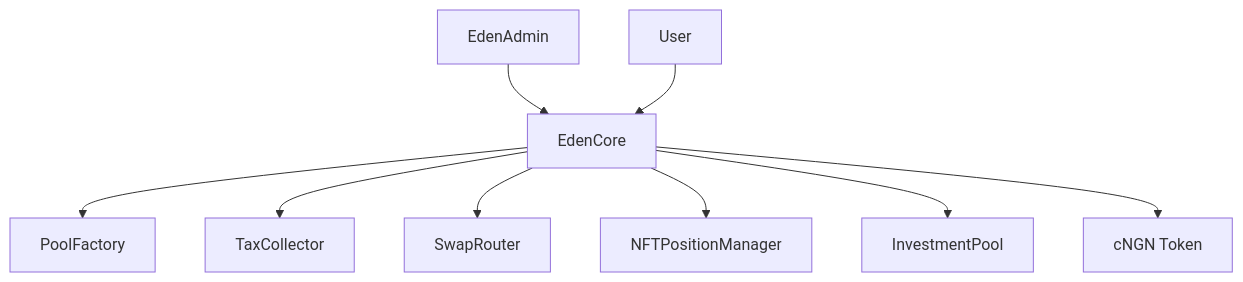
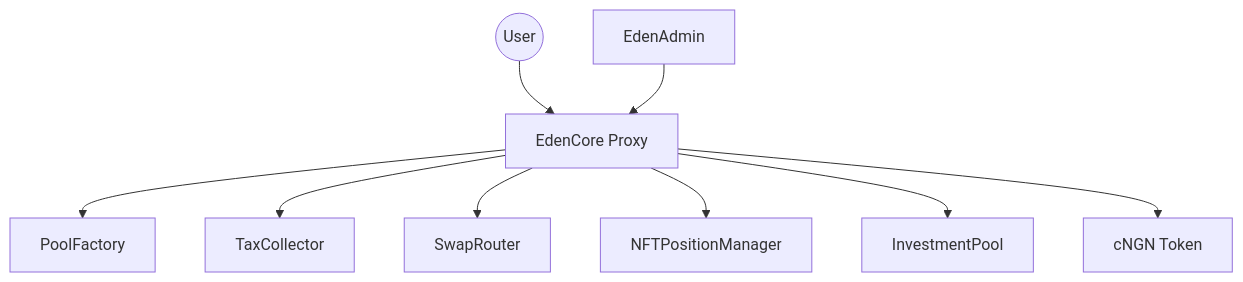
Before and after one commit to eden-finance/vest-docs: the diagram in contracts/eden-core.mdx, drawn with Mermaid. The commit also changed other lines of this file, not shown here.

Commit message:
chore: updated eden core docs to include withdraw fuction and integration guide

````diff
--- a/contracts/eden-core.mdx
+++ b/contracts/eden-core.mdx
@@ -40,13 +45,11 @@
 ```mermaid
 graph TD
-    A[EdenCore] --> B[PoolFactory]
-    A --> C[TaxCollector]  
-    A --> D[SwapRouter]
-    A --> E[NFTPositionManager]
-    A --> F[InvestmentPool]
-    
-    G[EdenAdmin] --> A
-    H[User] --> A
-    
-    A --> I[cNGN Token]
+  User((User)) --> A[EdenCore Proxy]
+  A --> B[PoolFactory]
+  A --> C[TaxCollector]
+  A --> D[SwapRouter]
+  A --> E[NFTPositionManager]
+  A --> F[InvestmentPool]
+  A --> I[cNGN Token]
+  G[EdenAdmin] --> A
 ```
````
